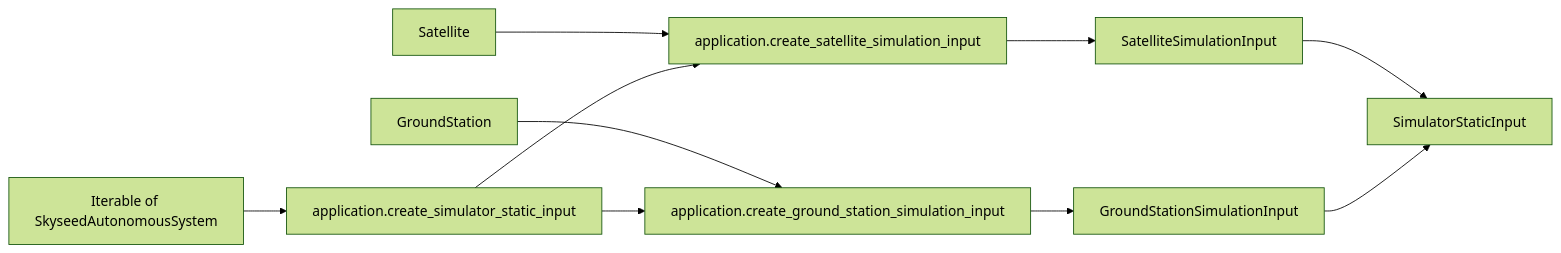
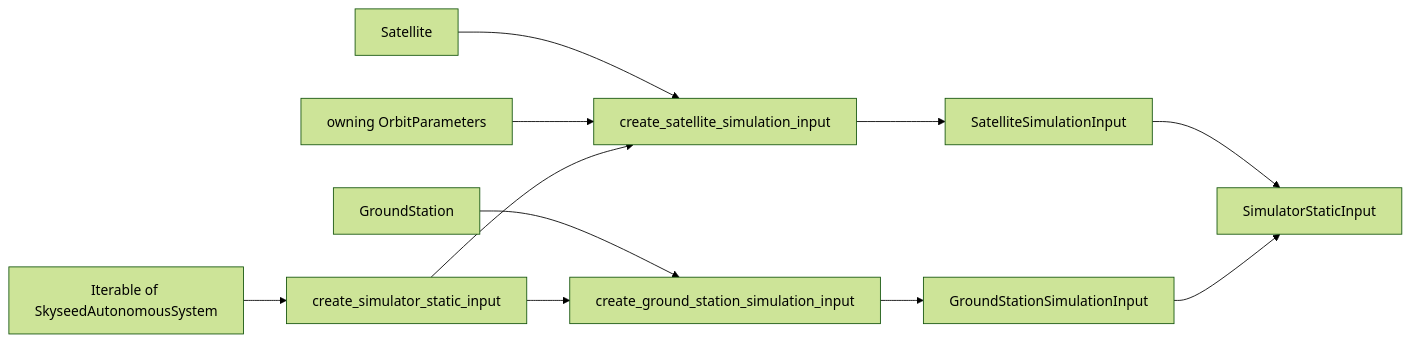
Before and after one commit to seed-labs/skyseed: the second of 5 diagrams in skyseed_v2/docs/architecture/conceptual-class-diagrams.md, drawn with Mermaid (forest theme). The commit also changed other lines of this file and 61 other files, not shown here.

````diff
--- a/skyseed_v2/docs/architecture/conceptual-class-diagrams.md
+++ b/skyseed_v2/docs/architecture/conceptual-class-diagrams.md
@@ -67,12 +68,13 @@
 ```mermaid
 flowchart LR
-    SAT[Satellite] --> CS[application.create_satellite_simulation_input]
-    GS[GroundStation] --> CG[application.create_ground_station_simulation_input]
-    AS[Iterable of SkyseedAutonomousSystem] --> CA[application.create_simulator_static_input]
+    SAT[Satellite] --> CS[create_satellite_simulation_input]
+    OP[owning OrbitParameters] --> CS
+    GS[GroundStation] --> CG[create_ground_station_simulation_input]
+    AS[Iterable of SkyseedAutonomousSystem] --> CA[create_simulator_static_input]
     CA --> CS
     CA --> CG
     CS --> SI[SatelliteSimulationInput]
     CG --> GI[GroundStationSimulationInput]
     SI --> AGG[SimulatorStaticInput]
     GI --> AGG
 ```
````
